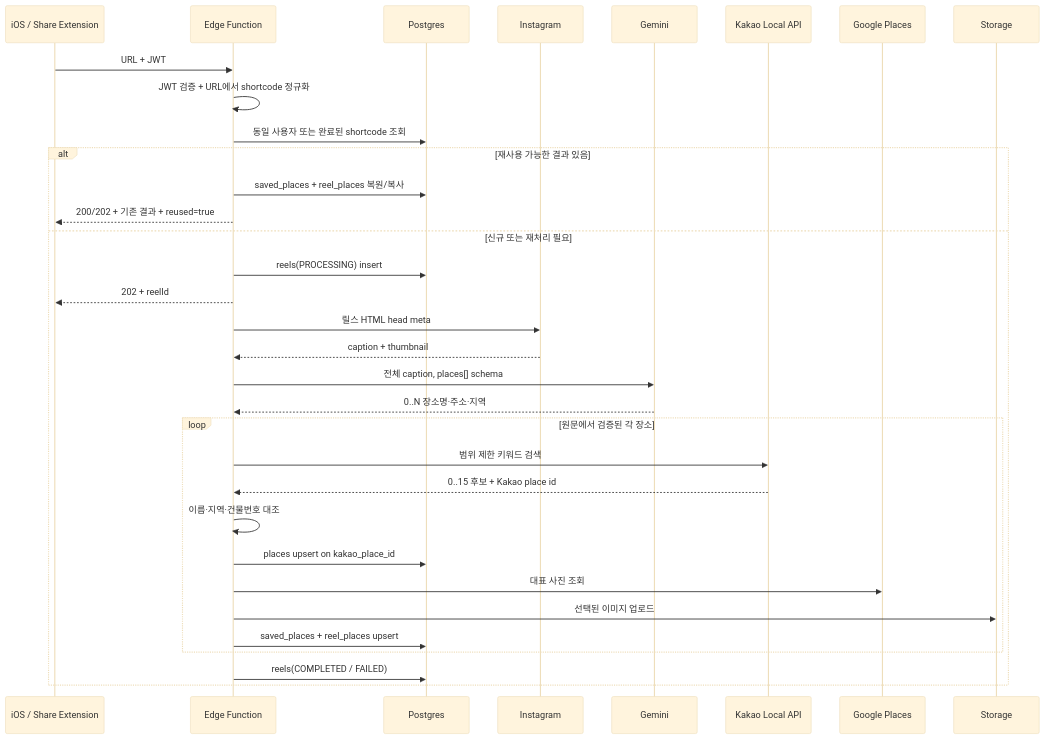
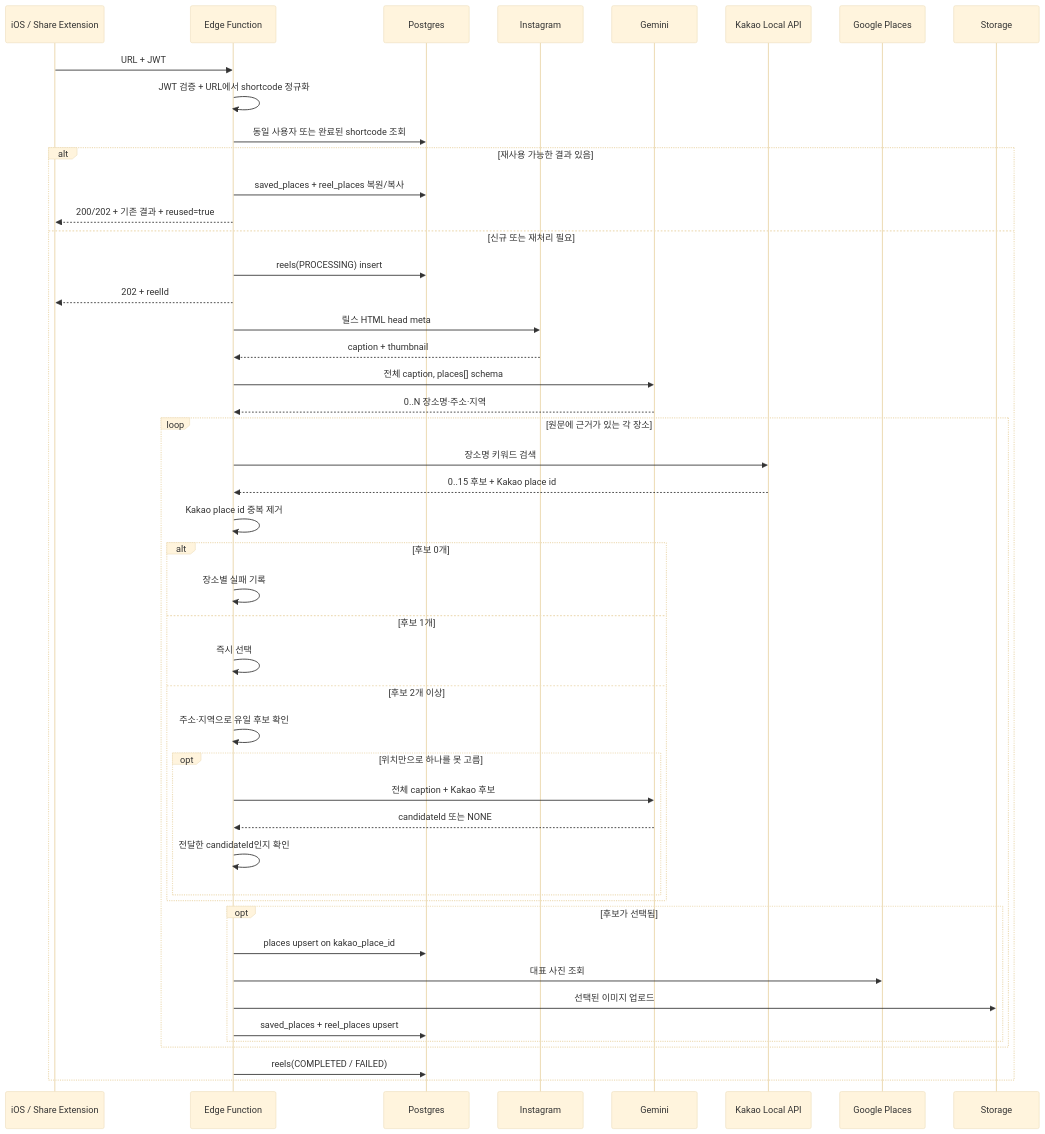
The diagram in docs/save-instagram-reel-flow.md (Jiihyun/yeogidam), drawn with Mermaid (base theme) before and after one commit. The commit also changed other lines of this file and 7 other files, not shown here.

Commit message:
refactor: simplify reel place matching

````diff
--- a/docs/save-instagram-reel-flow.md
+++ b/docs/save-instagram-reel-flow.md
@@ -28,36 +28,50 @@
 ```mermaid
 sequenceDiagram
     participant U as iOS / Share Extension
     participant F as Edge Function
     participant D as Postgres
     participant I as Instagram
     participant AI as Gemini
     participant K as Kakao Local API
     participant G as Google Places
     participant S as Storage
 
     U->>F: URL + JWT
     F->>F: JWT 검증 + URL에서 shortcode 정규화
     F->>D: 동일 사용자 또는 완료된 shortcode 조회
     alt 재사용 가능한 결과 있음
         F->>D: saved_places + reel_places 복원/복사
         F-->>U: 200/202 + 기존 결과 + reused=true
     else 신규 또는 재처리 필요
     F->>D: reels(PROCESSING) insert
     F-->>U: 202 + reelId
     F->>I: 릴스 HTML head meta
     I-->>F: caption + thumbnail
     F->>AI: 전체 caption, places[] schema
     AI-->>F: 0..N 장소명·주소·지역
-    loop 원문에서 검증된 각 장소
-        F->>K: 범위 제한 키워드 검색
+    loop 원문에 근거가 있는 각 장소
+        F->>K: 장소명 키워드 검색
         K-->>F: 0..15 후보 + Kakao place id
-        F->>F: 이름·지역·건물번호 대조
-        F->>D: places upsert on kakao_place_id
-        F->>G: 대표 사진 조회
-        F->>S: 선택된 이미지 업로드
-        F->>D: saved_places + reel_places upsert
+        F->>F: Kakao place id 중복 제거
+        alt 후보 0개
+            F->>F: 장소별 실패 기록
+        else 후보 1개
+            F->>F: 즉시 선택
+        else 후보 2개 이상
+            F->>F: 주소·지역으로 유일 후보 확인
+            opt 위치만으로 하나를 못 고름
+                F->>AI: 전체 caption + Kakao 후보
+                AI-->>F: candidateId 또는 NONE
+                F->>F: 전달한 candidateId인지 확인
+            end
+        end
+        opt 후보가 선택됨
+            F->>D: places upsert on kakao_place_id
+            F->>G: 대표 사진 조회
+            F->>S: 선택된 이미지 업로드
+            F->>D: saved_places + reel_places upsert
+        end
     end
     F->>D: reels(COMPLETED / FAILED)
     end
 ```
````
